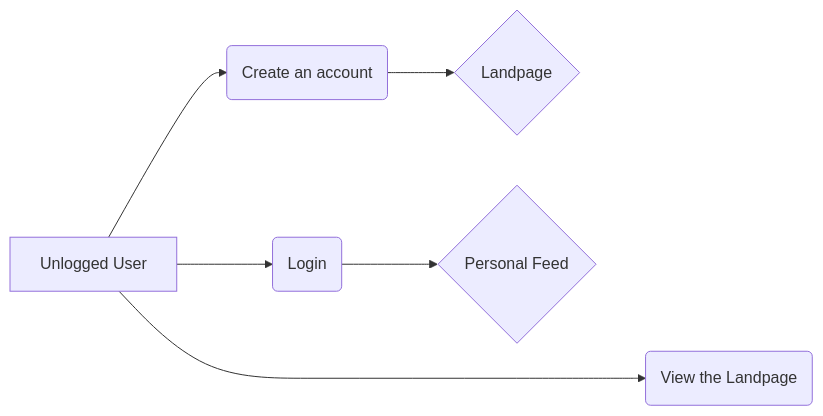
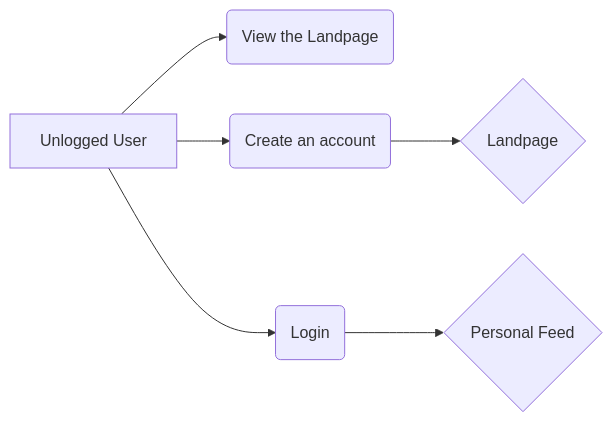
One commit to FJ-Riveros/CryptoAway changed the second of 3 diagrams in README.md. Above: the diagram before and after it, drawn with Mermaid. The commit also changed other lines of this file, not shown here.

````diff
--- a/README.md
+++ b/README.md
@@ -229,8 +229,8 @@
 ```mermaid
 graph LR
-A[Unlogged User] ----> B(View the Landpage)
+A[Unlogged User] --> B(View the Landpage)
 A --> C(Create an account)
 A --> D(Login)
 C --> E{Landpage}
 D --> F{Personal Feed}
 ```
````
